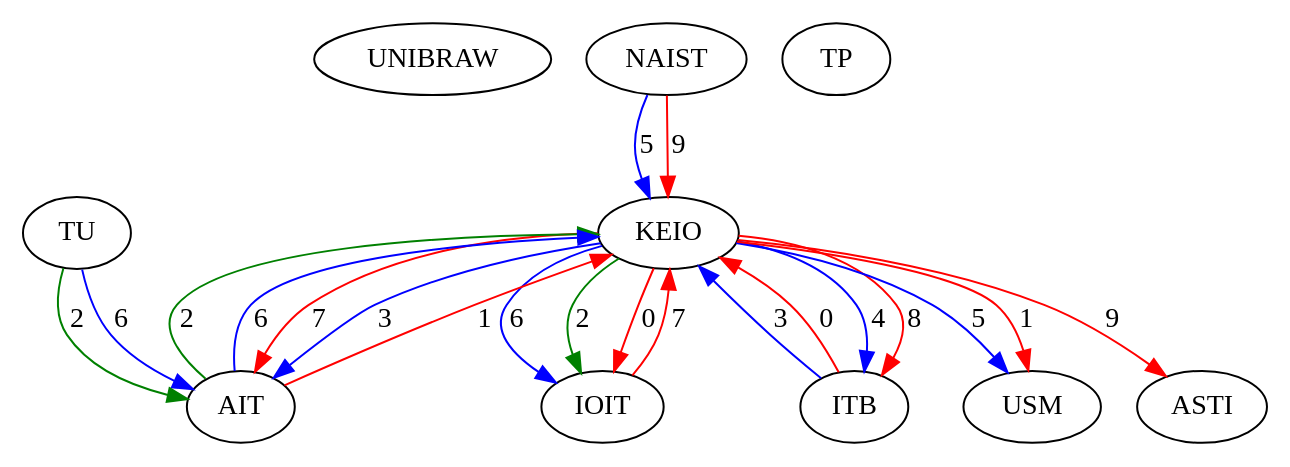
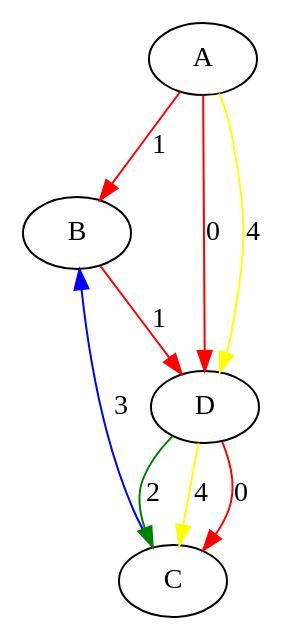
The diagram in src/assignedGraphs/assigned.dot (Hebbe1234/ExpectAll), drawn with Graphviz before and after one commit. The commit also changed 4 other files, not shown here.

```diff
--- a/src/assignedGraphs/assigned.dot
+++ b/src/assignedGraphs/assigned.dot
@@ -1,32 +1,14 @@
-digraph  {
-0 [Internal=1, label=UNIBRAW];
-1 [Internal=1, label=NAIST];
-2 [Internal=1, label=KEIO];
-3 [Internal=1, label=IOIT];
-4 [Internal=1, label=ASTI];
-5 [Internal=1, label=TU];
-6 [Internal=1, label=AIT];
-7 [Internal=1, label=ITB];
-8 [Internal=1, label=TP];
-9 [Internal=1, label=USM];
-1 -> 2  [color=blue, key=0, label=5];
-1 -> 2  [color=red, key=1, label=9];
-2 -> 9  [color=blue, key=0, label=5];
-2 -> 9  [color=red, key=1, label=1];
-2 -> 7  [color=blue, key=0, label=4];
-2 -> 7  [color=red, key=1, label=8];
-2 -> 6  [color=red, key=0, label=7];
-2 -> 6  [color=blue, key=1, label=3];
-2 -> 4  [color=red, key=0, label=9];
-2 -> 3  [color=blue, key=0, label=6];
-2 -> 3  [color=green, key=1, label=2];
-2 -> 3  [color=red, key=2, label=0];
-3 -> 2  [color=red, key=0, label=7];
-5 -> 6  [color=blue, key=0, label=6];
-5 -> 6  [color=green, key=1, label=2];
-6 -> 2  [color=red, key=0, label=1];
-6 -> 2  [color=green, key=1, label=2];
-6 -> 2  [color=blue, key=2, label=6];
-7 -> 2  [color=blue, key=0, label=3];
-7 -> 2  [color=red, key=1, label=0];
+digraph "G" {
+A;
+B;
+C;
+D;
+A -> D  [color=red, key=0, label=0];
+A -> D  [color=yellow, key=1, label=4];
+A -> B  [color=red, key=0, label=1];
+B -> D  [color=red, key=0, label=1];
+C -> B  [color=blue, key=0, label=3];
+D -> C  [color=red, key=0, label=0];
+D -> C  [color=green, key=1, label=2];
+D -> C  [color=yellow, key=2, label=4];
 }
```
